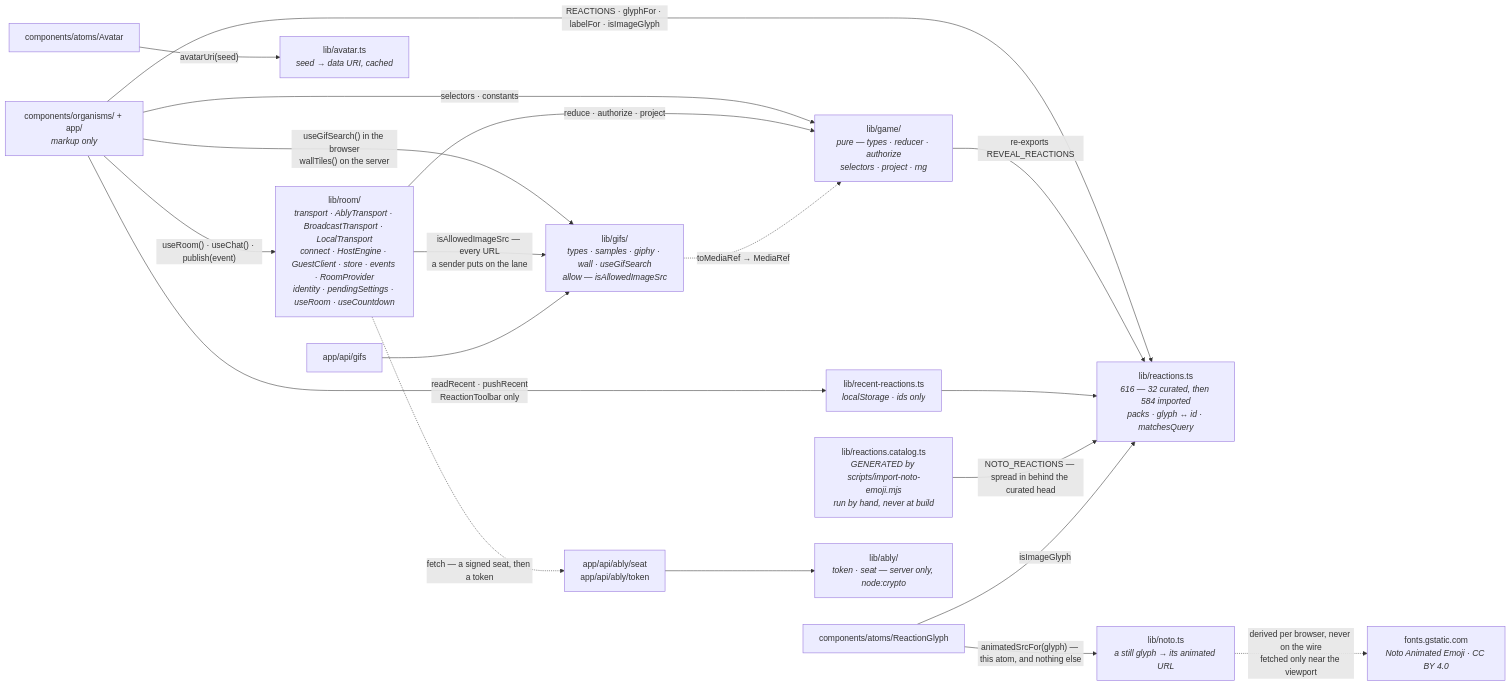
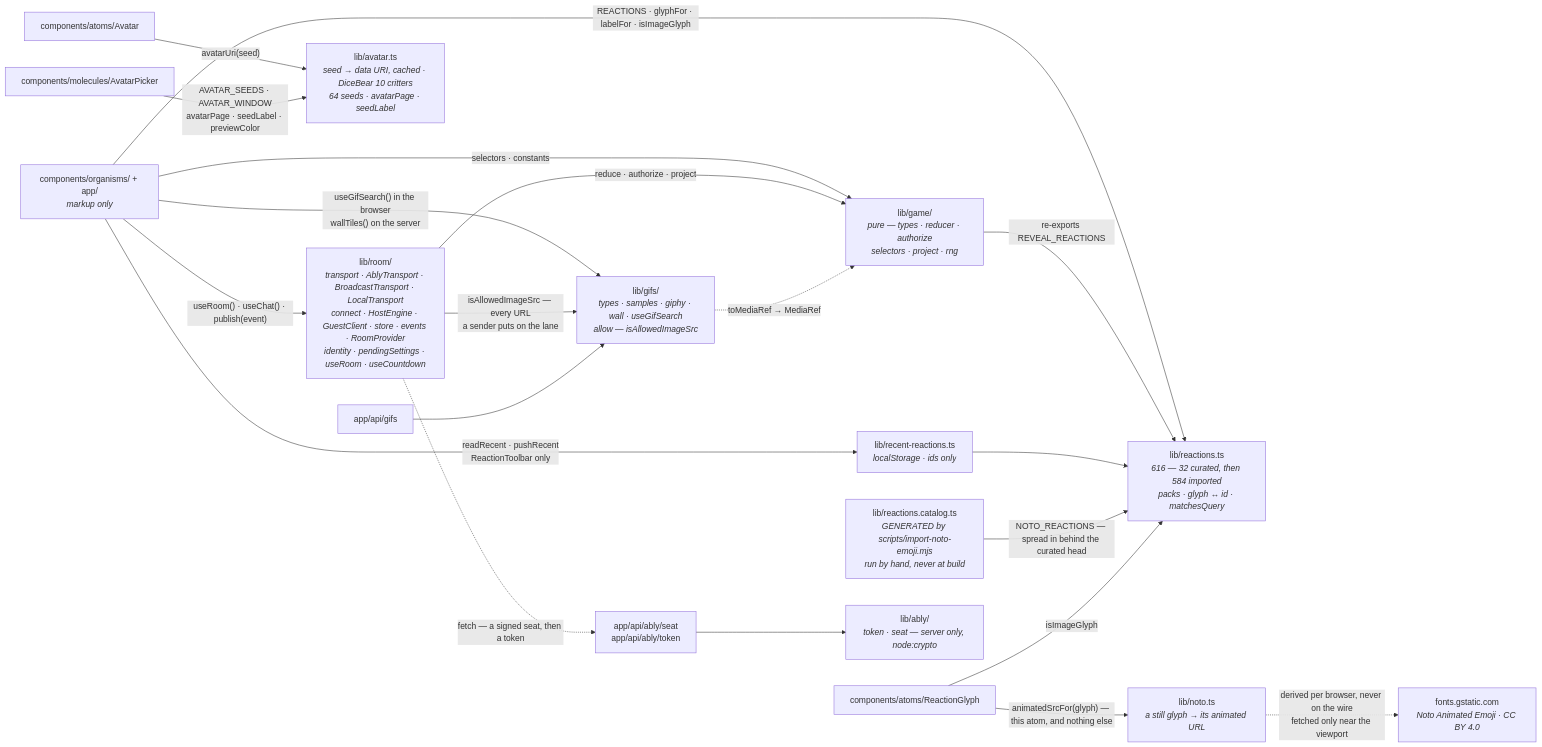
The second of 11 diagrams in docs/architecture.md (Jmeza081/captionist), drawn with Mermaid before and after one commit. The commit also changed other lines of this file and 20 other files, not shown here.

````diff
--- a/docs/architecture.md
+++ b/docs/architecture.md
@@ -387,36 +411,38 @@
 ```mermaid
 graph LR
   U["components/organisms/ + app/<br/><i>markup only</i>"]
   R["lib/room/<br/><i>transport · AblyTransport · BroadcastTransport · LocalTransport<br/>connect · HostEngine · GuestClient · store · events · RoomProvider<br/>identity · pendingSettings · useRoom · useCountdown</i>"]
   G["lib/game/<br/><i>pure — types · reducer · authorize<br/>selectors · project · rng</i>"]
   F["lib/gifs/<br/><i>types · samples · giphy · wall · useGifSearch<br/>allow — isAllowedImageSrc</i>"]
-  AV["lib/avatar.ts<br/><i>seed → data URI, cached</i>"]
+  AV["lib/avatar.ts<br/><i>seed → data URI, cached · DiceBear 10 critters<br/>64 seeds · avatarPage · seedLabel</i>"]
   RX["lib/reactions.ts<br/><i>616 — 32 curated, then 584 imported<br/>packs · glyph ↔ id · matchesQuery</i>"]
   CAT["lib/reactions.catalog.ts<br/><i>GENERATED by scripts/import-noto-emoji.mjs<br/>run by hand, never at build</i>"]
   NO["lib/noto.ts<br/><i>a still glyph → its animated URL</i>"]
   GST["fonts.gstatic.com<br/><i>Noto Animated Emoji · CC BY 4.0</i>"]
   RC["lib/recent-reactions.ts<br/><i>localStorage · ids only</i>"]
   AT["components/atoms/Avatar"]
+  PK["components/molecules/AvatarPicker"]
   GL["components/atoms/ReactionGlyph"]
   API["app/api/gifs"]
   TKR["app/api/ably/seat<br/>app/api/ably/token"]
   ABL["lib/ably/<br/><i>token · seat — server only, node:crypto</i>"]
   U -->|"useRoom() · useChat() · publish(event)"| R
   U -->|"REACTIONS · glyphFor · labelFor · isImageGlyph"| RX
   U -->|"readRecent · pushRecent<br/>ReactionToolbar only"| RC
   U -->|"useGifSearch() in the browser<br/>wallTiles() on the server"| F
   U -->|"selectors · constants"| G
   AT -->|"avatarUri(seed)"| AV
+  PK -->|"AVATAR_SEEDS · AVATAR_WINDOW<br/>avatarPage · seedLabel · previewColor"| AV
   R -->|"reduce · authorize · project"| G
   R -->|"isAllowedImageSrc — every URL<br/>a sender puts on the lane"| F
   G -->|"re-exports REVEAL_REACTIONS"| RX
   RC --> RX
   CAT -->|"NOTO_REACTIONS — spread in behind the curated head"| RX
   GL -->|"isImageGlyph"| RX
   GL -->|"animatedSrcFor(glyph) — this atom, and nothing else"| NO
   NO -.->|"derived per browser, never on the wire<br/>fetched only near the viewport"| GST
   R -.->|"fetch — a signed seat, then a token"| TKR
   API --> F
   TKR --> ABL
   F -.->|"toMediaRef → MediaRef"| G
 ```
````
